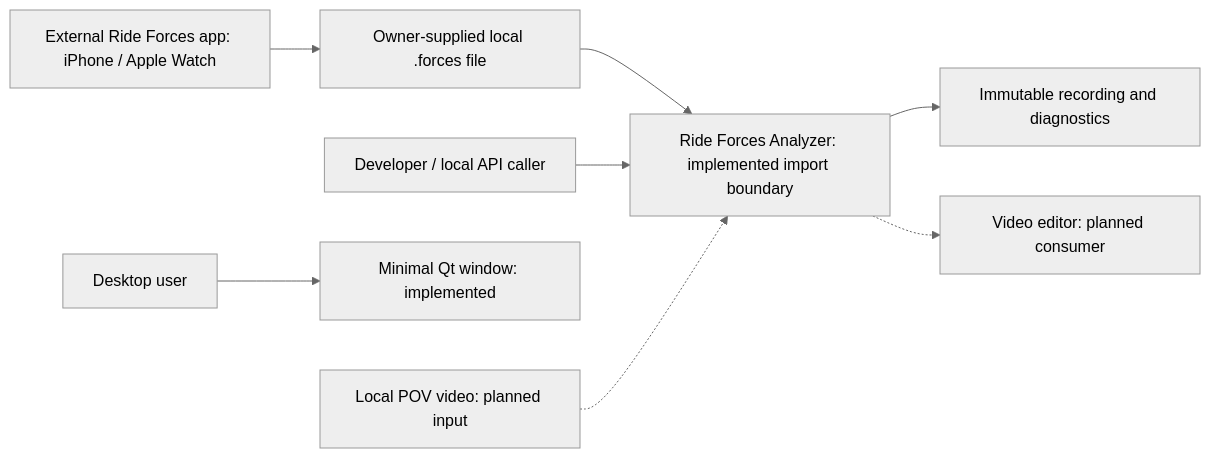
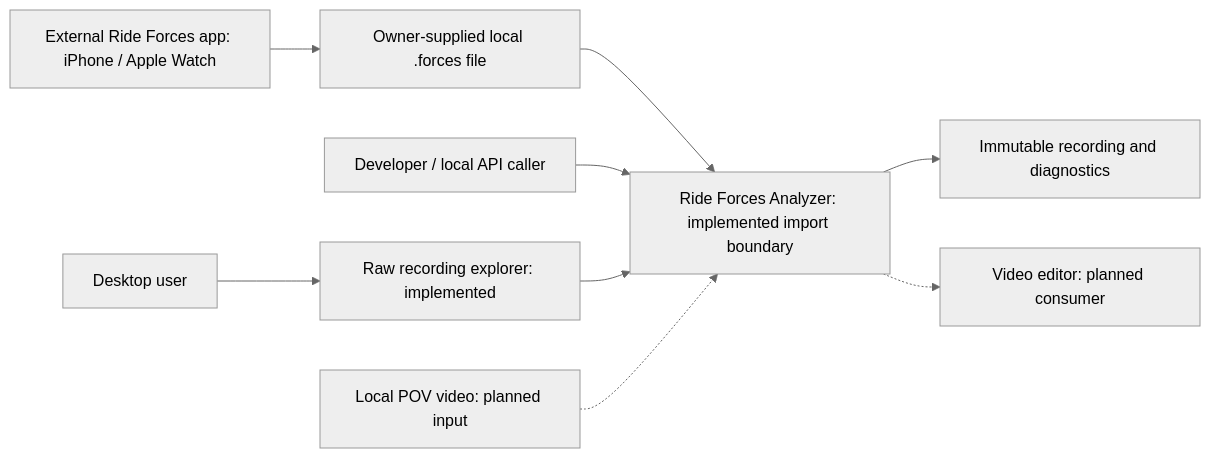
The diagram in docs/architecture/03_context_and_scope.md (rudnerbjoern/ride-forces-analyzer), drawn with Mermaid (neutral theme) before and after one commit. The commit also changed other lines of this file and 52 other files, not shown here.

````diff
--- a/docs/architecture/03_context_and_scope.md
+++ b/docs/architecture/03_context_and_scope.md
@@ -11,19 +11,20 @@
 ```mermaid
 flowchart LR
     Capture["External Ride Forces app: iPhone / Apple Watch"]
     Original["Owner-supplied local .forces file"]
     Caller["Developer / local API caller"]
     Analyzer["Ride Forces Analyzer: implemented import boundary"]
     Result["Immutable recording and diagnostics"]
     Desktop["Desktop user"]
-    Window["Minimal Qt window: implemented"]
+    Window["Raw recording explorer: implemented"]
     Video["Local POV video: planned input"]
     Editor["Video editor: planned consumer"]
     Capture --> Original
     Original --> Analyzer
     Caller --> Analyzer
     Analyzer --> Result
     Desktop --> Window
+    Window --> Analyzer
     Video -.-> Analyzer
     Analyzer -.-> Editor
 ```
````
